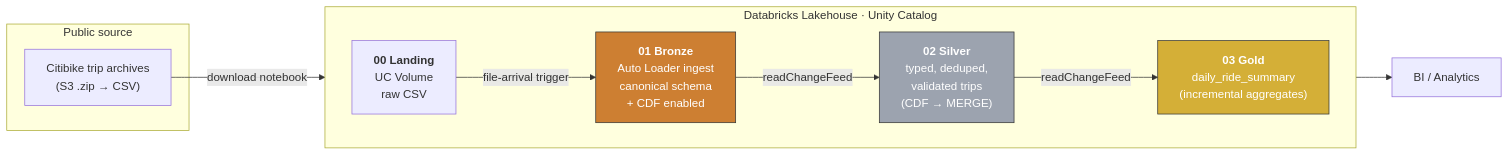
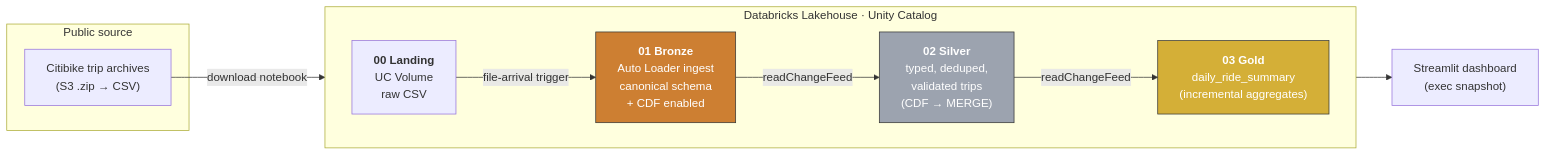
One commit to jackptoke/databricks_citibike_project changed the diagram in README.md. Above: the diagram before and after it, drawn with Mermaid. The commit also changed other lines of this file and 10 other files, not shown here.

First line of the commit message:
feat(dashboard): add Streamlit executive snapshot (Railway-ready)

````diff
--- a/README.md
+++ b/README.md
@@ -37,29 +37,29 @@
 ```mermaid
 flowchart LR
     subgraph src["Public source"]
         S3["Citibike trip archives<br/>(S3 .zip → CSV)"]
     end
 
     subgraph lake["Databricks Lakehouse · Unity Catalog"]
         direction LR
         L["<b>00 Landing</b><br/>UC Volume<br/>raw CSV"]
         B["<b>01 Bronze</b><br/>Auto Loader ingest<br/>canonical schema<br/>+ CDF enabled"]
         SI["<b>02 Silver</b><br/>typed, deduped,<br/>validated trips<br/>(CDF → MERGE)"]
         G["<b>03 Gold</b><br/>daily_ride_summary<br/>(incremental aggregates)"]
     end
 
-    BI["BI / Analytics"]
+    BI["Streamlit dashboard<br/>(exec snapshot)"]
 
     S3 -->|download notebook| L
     L -->|file-arrival trigger| B
     B -->|readChangeFeed| SI
     SI -->|readChangeFeed| G
     G --> BI
 
     classDef bronze fill:#cd7f32,stroke:#333,color:#fff;
     classDef silver fill:#9ca3af,stroke:#333,color:#fff;
     classDef gold fill:#d4af37,stroke:#333,color:#fff;
     class B bronze;
     class SI silver;
     class G gold;
 ```
````
